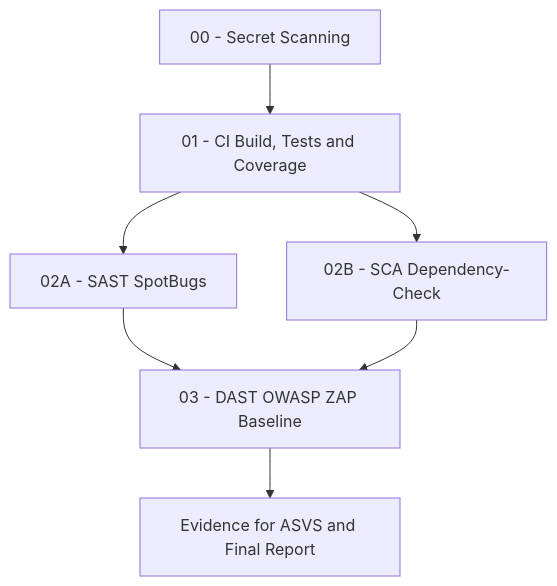
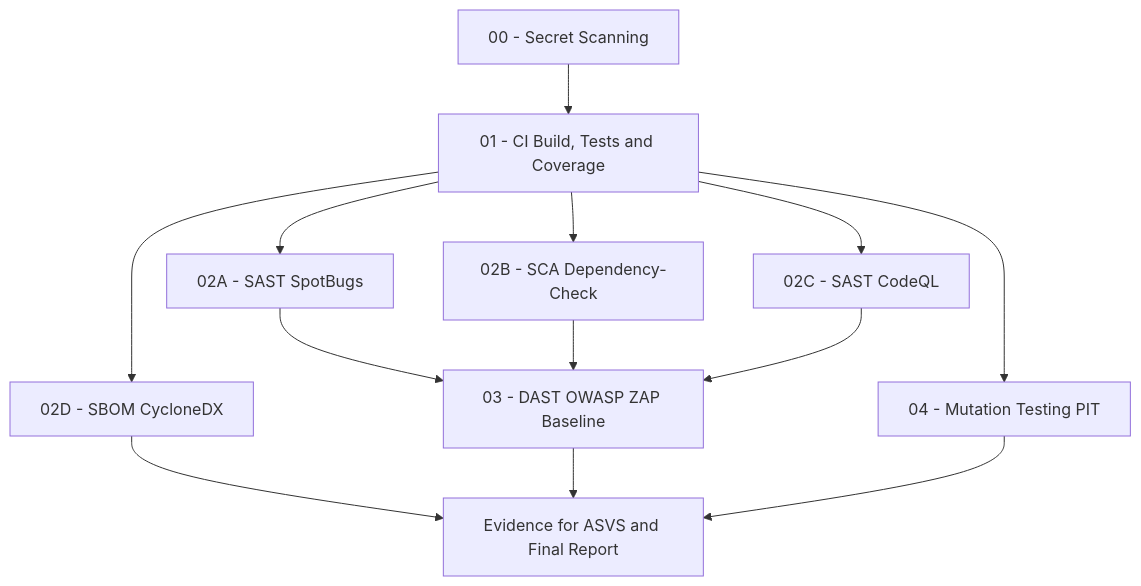
The diagram in docs/PIPELINE_FLOW.md (mei-desofs/desofs2026-wed_pbs_1), drawn with Mermaid before and after one commit. The commit also changed other lines of this file and 7 other files, not shown here.

Commit message:
ci: add codeql sbom and mutation evidence workflows

````diff
--- a/docs/PIPELINE_FLOW.md
+++ b/docs/PIPELINE_FLOW.md
@@ -9,9 +9,15 @@
 ```mermaid
 flowchart TD
     A["00 - Secret Scanning"] --> B["01 - CI Build, Tests and Coverage"]
     B --> C["02A - SAST SpotBugs"]
     B --> D["02B - SCA Dependency-Check"]
+    B --> G["02C - SAST CodeQL"]
+    B --> H["02D - SBOM CycloneDX"]
     C --> E["03 - DAST OWASP ZAP Baseline"]
     D --> E
-    E --> F["Evidence for ASVS and Final Report"]
+    G --> E
+    H --> F["Evidence for ASVS and Final Report"]
+    E --> F
+    B --> I["04 - Mutation Testing PIT"]
+    I --> F
 ```
````
